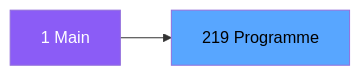
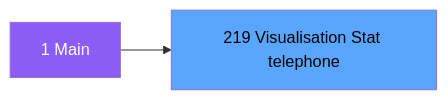
The second of 3 diagrams in .openspec/specs/ADH-IDE-219.md (thonyAGP/magic-migration), drawn with Mermaid before and after one commit. The commit also changed other lines of this file and 323 other files, not shown here.

````diff
--- a/.openspec/specs/ADH-IDE-219.md
+++ b/.openspec/specs/ADH-IDE-219.md
@@ -99,8 +109,8 @@
 ```mermaid
 graph LR
     M[1 Main]
-    T[219 Programme]
+    T[219 Visualisation Stat telephone]
     M --> T
     style M fill:#8b5cf6,color:#fff
     style T fill:#58a6ff,color:#000
 ```
````
